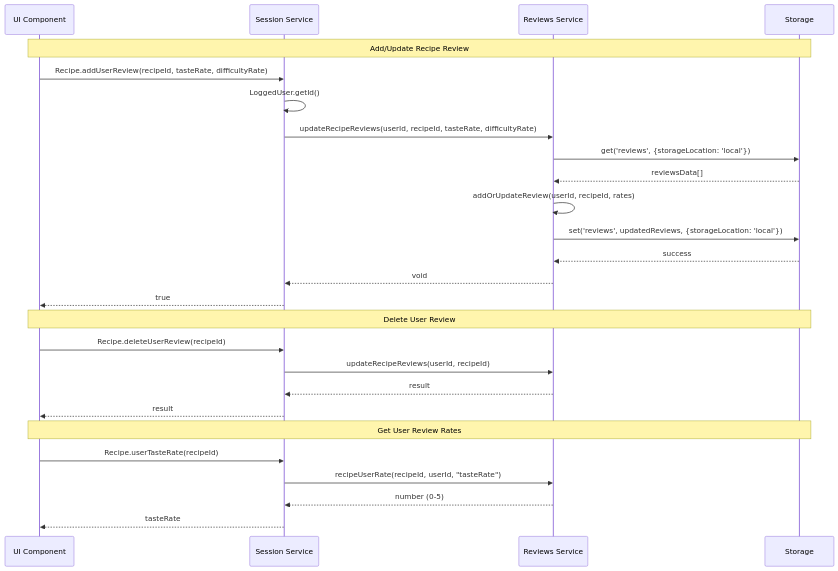
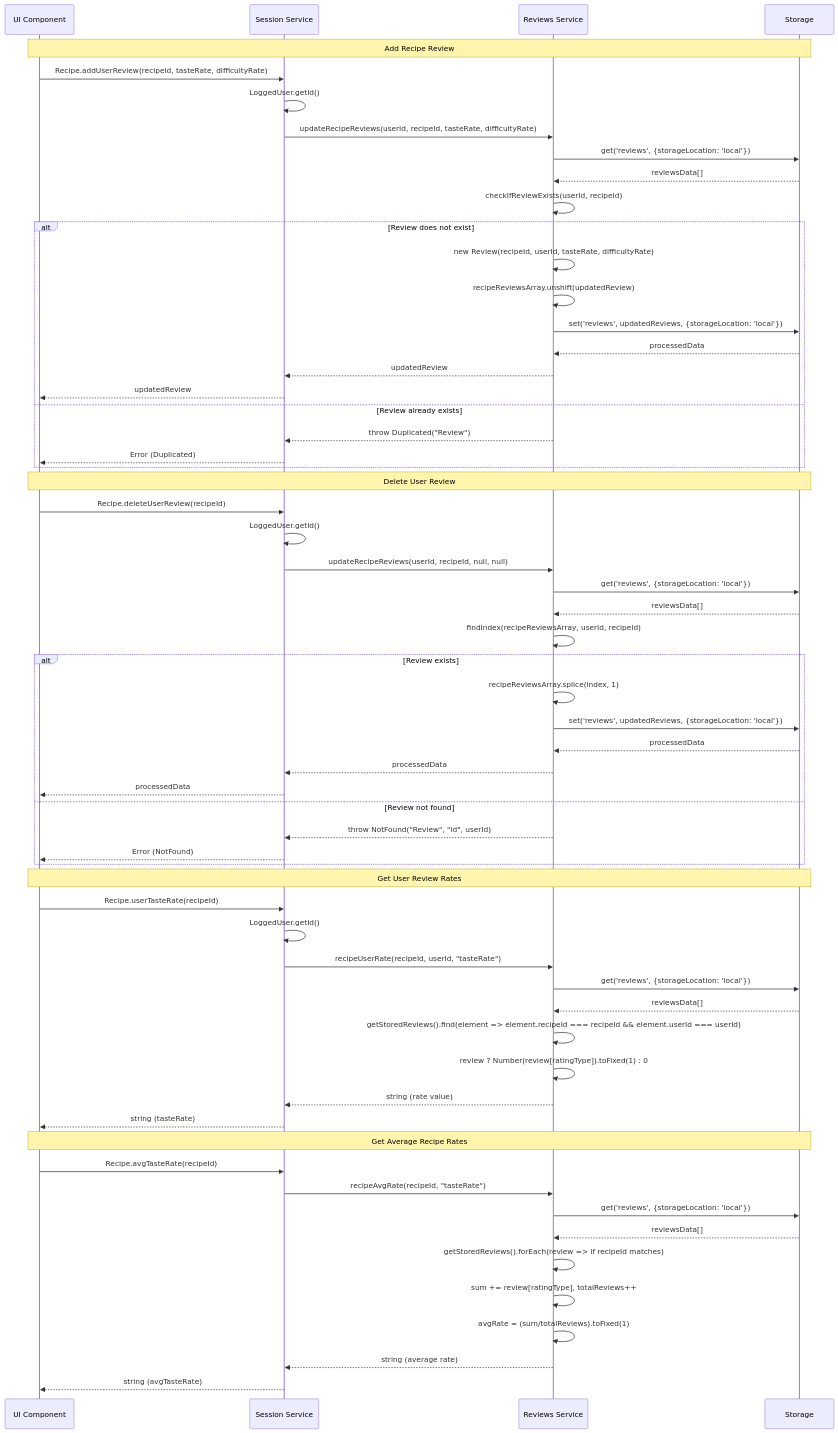
One commit to damiano-g/PGRC-project changed the third of 11 diagrams in documentation/diagrams/04-session-service-sequence.md. Above: the diagram before and after it, drawn with Mermaid. The commit also changed other lines of this file and 6 other files, not shown here.

````diff
--- a/documentation/diagrams/04-session-service-sequence.md
+++ b/documentation/diagrams/04-session-service-sequence.md
@@ -62,31 +69,66 @@
 ```mermaid
 sequenceDiagram
     participant UI as UI Component
     participant SS as Session Service
     participant RVS as Reviews Service
     participant ST as Storage
     
-    Note over UI,ST: Add/Update Recipe Review
+    Note over UI,ST: Add Recipe Review
     UI->>SS: Recipe.addUserReview(recipeId, tasteRate, difficultyRate)
     SS->>SS: LoggedUser.getId()
     SS->>RVS: updateRecipeReviews(userId, recipeId, tasteRate, difficultyRate)
     RVS->>ST: get('reviews', {storageLocation: 'local'})
     ST-->>RVS: reviewsData[]
-    RVS->>RVS: addOrUpdateReview(userId, recipeId, rates)
-    RVS->>ST: set('reviews', updatedReviews, {storageLocation: 'local'})
-    ST-->>RVS: success
-    RVS-->>SS: void
-    SS-->>UI: true
+    RVS->>RVS: checkIfReviewExists(userId, recipeId)
+    alt Review does not exist
+        RVS->>RVS: new Review(recipeId, userId, tasteRate, difficultyRate)
+        RVS->>RVS: recipeReviewsArray.unshift(updatedReview)
+        RVS->>ST: set('reviews', updatedReviews, {storageLocation: 'local'})
+        ST-->>RVS: processedData
+        RVS-->>SS: updatedReview
+        SS-->>UI: updatedReview
+    else Review already exists
+        RVS-->>SS: throw Duplicated("Review")
+        SS-->>UI: Error (Duplicated)
+    end
     
     Note over UI,ST: Delete User Review
     UI->>SS: Recipe.deleteUserReview(recipeId)
-    SS->>RVS: updateRecipeReviews(userId, recipeId)
-    RVS-->>SS: result
-    SS-->>UI: result
+    SS->>SS: LoggedUser.getId()
+    SS->>RVS: updateRecipeReviews(userId, recipeId, null, null)
+    RVS->>ST: get('reviews', {storageLocation: 'local'})
+    ST-->>RVS: reviewsData[]
+    RVS->>RVS: findIndex(recipeReviewsArray, userId, recipeId)
+    alt Review exists
+        RVS->>RVS: recipeReviewsArray.splice(index, 1)
+        RVS->>ST: set('reviews', updatedReviews, {storageLocation: 'local'})
+        ST-->>RVS: processedData
+        RVS-->>SS: processedData
+        SS-->>UI: processedData
+    else Review not found
+        RVS-->>SS: throw NotFound("Review", "id", userId)
+        SS-->>UI: Error (NotFound)
+    end
     
     Note over UI,ST: Get User Review Rates
     UI->>SS: Recipe.userTasteRate(recipeId)
+    SS->>SS: LoggedUser.getId()
     SS->>RVS: recipeUserRate(recipeId, userId, "tasteRate")
-    RVS-->>SS: number (0-5)
-    SS-->>UI: tasteRate
+    RVS->>ST: get('reviews', {storageLocation: 'local'})
+    ST-->>RVS: reviewsData[]
+    RVS->>RVS: getStoredReviews().find(element => element.recipeId === recipeId && element.userId === userId)
+    RVS->>RVS: review ? Number(review[ratingType]).toFixed(1) : 0
+    RVS-->>SS: string (rate value)
+    SS-->>UI: string (tasteRate)
+    
+    Note over UI,ST: Get Average Recipe Rates
+    UI->>SS: Recipe.avgTasteRate(recipeId)
+    SS->>RVS: recipeAvgRate(recipeId, "tasteRate")
+    RVS->>ST: get('reviews', {storageLocation: 'local'})
+    ST-->>RVS: reviewsData[]
+    RVS->>RVS: getStoredReviews().forEach(review => if recipeId matches)
+    RVS->>RVS: sum += review[ratingType], totalReviews++
+    RVS->>RVS: avgRate = (sum/totalReviews).toFixed(1)
+    RVS-->>SS: string (average rate)
+    SS-->>UI: string (avgTasteRate)
 ```
````
